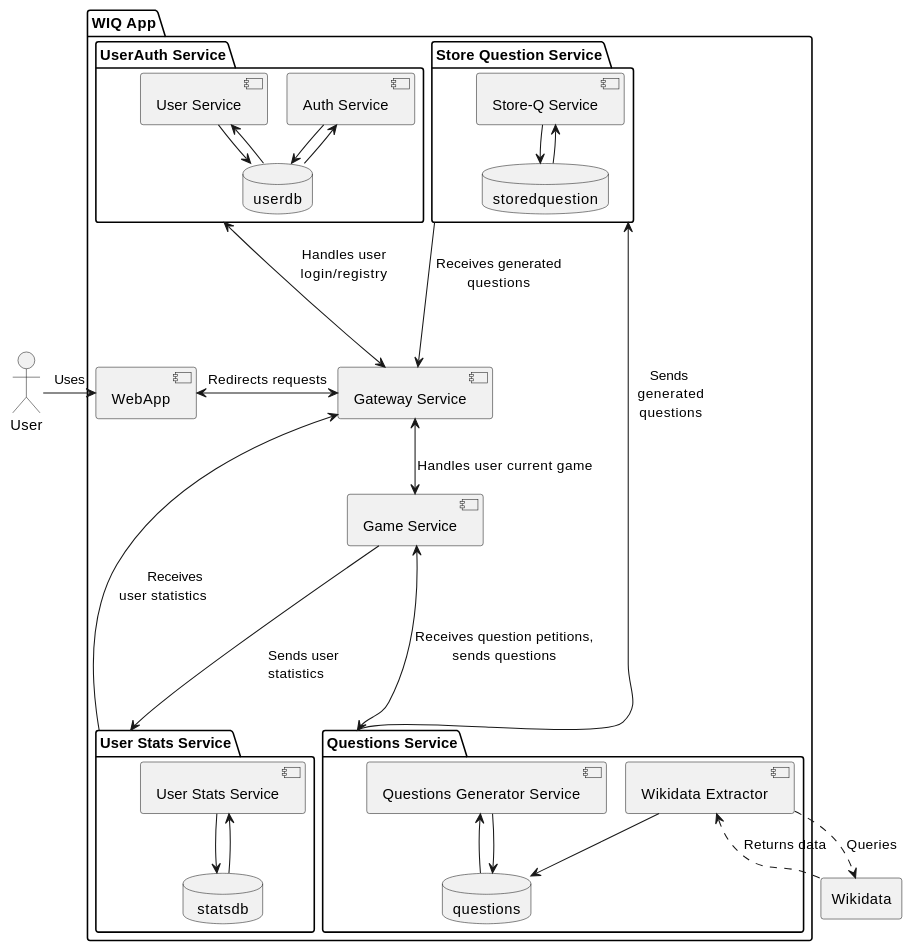
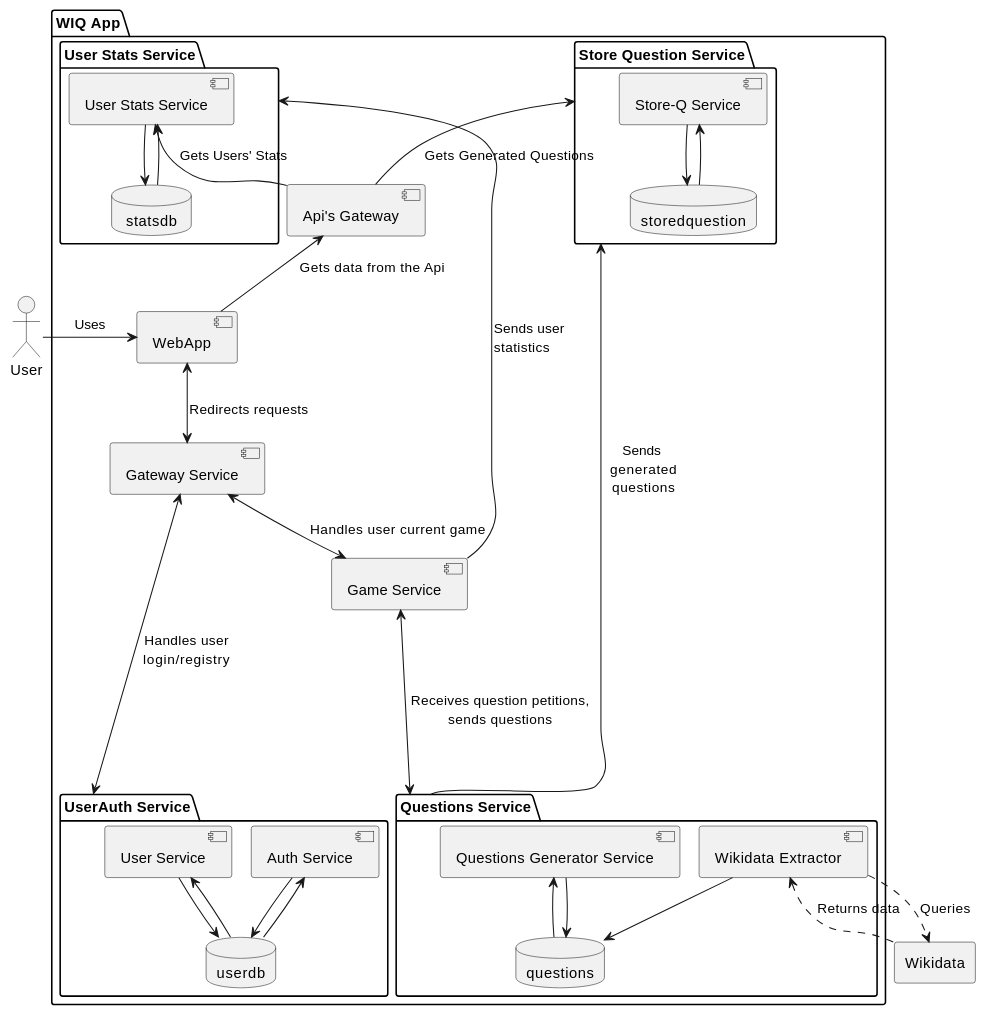
Before and after one commit to Arquisoft/wiq_es6c: the third of 3 diagrams in docs/src/05_building_block_view.adoc, drawn with PlantUML. The commit also changed other lines of this file and 1 other file, not shown here.

Commit message:
Changes on graphs at section 7 and 5

```diff
--- a/docs/src/05_building_block_view.adoc
+++ b/docs/src/05_building_block_view.adoc
@@ -78,63 +79,67 @@
 [plantuml,"Level 3 Diagram",png]
 ----
 !pragma layout smetana
 
 actor "User"
 rectangle "Wikidata"
 
 package "WIQ App"{
 
     component "WebApp"
     component "Gateway Service" as GatewayS
+
+    component "Api's Gateway" as ApisGateway
 
     component "Game Service" 
         package "Store Question Service" as QHS{
         component "Store-Q Service" as QHController
         database "storedquestion" as QhDB
     }
     package "User Stats Service" as USS {
         component "User Stats Service"
         database " statsdb " as USDB
     }
     package "UserAuth Service" {
         component "Auth Service"
         component "User Service"
         database "userdb" as UADB
     }
 
     package "Questions Service"{
         component "Wikidata Extractor"
         component "Questions Generator Service"
         database "questions" as QSDB
     }
 }
 
 User -right-> WebApp : Uses
-WebApp <-right-> GatewayS: Redirects requests
+WebApp <-down-> GatewayS: Redirects requests
 
-GatewayS <--up--> "UserAuth Service" : "Handles user\nlogin/registry"
+GatewayS <--down--> "UserAuth Service" : "Handles user\nlogin/registry"
 GatewayS <-down-> "Game Service" : "Handles user current game"
-GatewayS <--up-- "QHS" : "\nReceives generated\nquestions"
-GatewayS <--- "USS" : "Receives\t\t\t\nuser statistics\t\t\t"
+
+ApisGateway <-- WebApp : "Gets data from the Api"
+ApisGateway -up-> QHS : "Gets Generated Questions"
+ApisGateway -up-> "User Stats Service" : "Gets Users' Stats"
 
 "Game Service" <---> "Questions Service" : "Receives question petitions,\nsends questions\n\n"
 "Game Service" ---> "USS" : "Sends user\t\nstatistics\t\t"
 "Questions Service" -up-> "QHS" : " Sends\n  generated\n  questions"
 
 "Wikidata" .up.> "Wikidata Extractor" : "Returns data"
 "Wikidata" <.up. "Wikidata Extractor" : "Queries"
 "Wikidata Extractor" --> QSDB
 "Questions Generator Service" <-- QSDB
 "Questions Generator Service" --> QSDB
 
 "QHController" --> QhDB
 "QHController" <-- QhDB
 
 "User Stats Service" --> USDB
 "User Stats Service" <-- USDB
 
 "Auth Service" --> UADB
 "Auth Service" <-- UADB
 "User Service" --> UADB
 "User Service" <-- UADB
 ----
```
